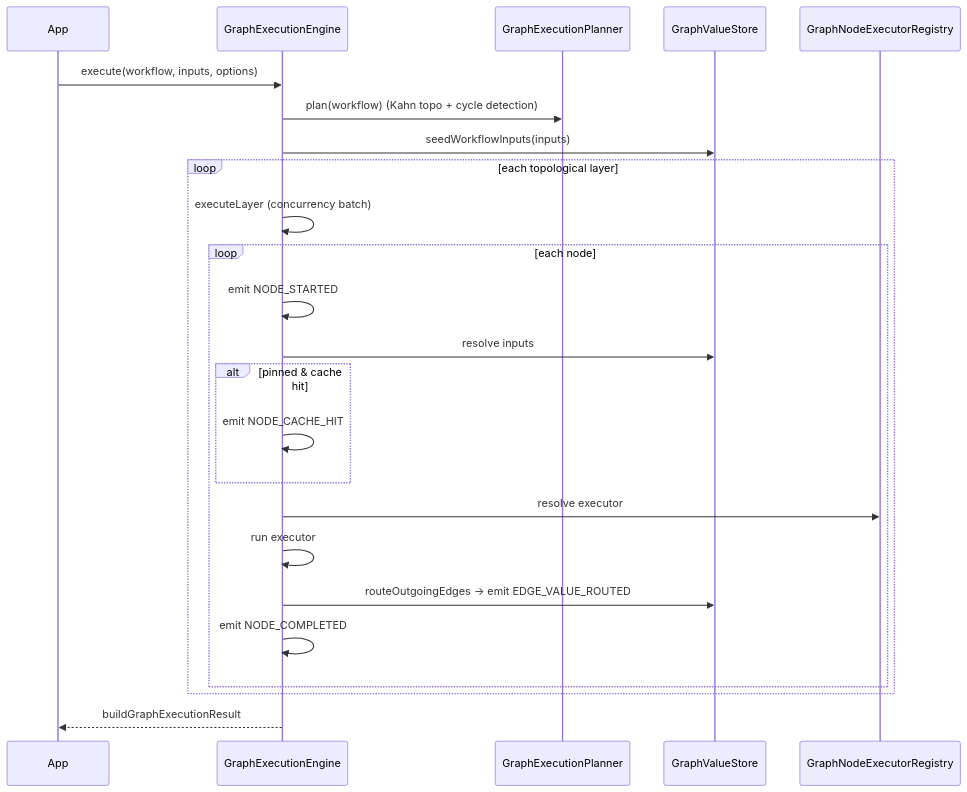
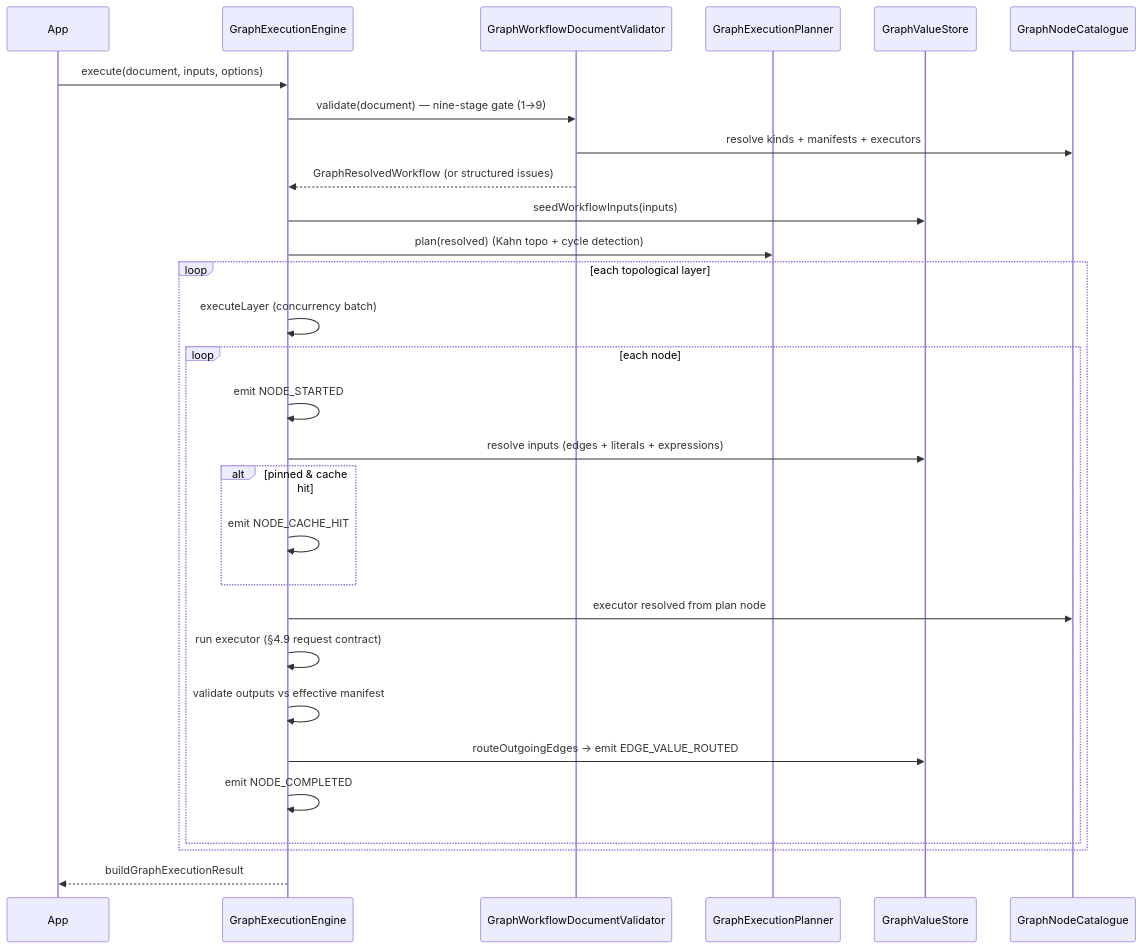
One commit to decaf-ts/decaf-ts changed the ninth of 10 diagrams in workdocs/ai/project/technical-docs/design-specification/09-integrations-design.md. Above: the diagram before and after it, drawn with Mermaid. The commit also changed other lines of this file and 7 other files, not shown here.

Commit message:
DECAF-50: implement canonical workflow documents, backend node catalogue and remote graph execution

````diff
--- a/workdocs/ai/project/technical-docs/design-specification/09-integrations-design.md
+++ b/workdocs/ai/project/technical-docs/design-specification/09-integrations-design.md
@@ -505,26 +506,31 @@
 ```mermaid
 sequenceDiagram
     participant App
     participant E as GraphExecutionEngine
+    participant V as GraphWorkflowDocumentValidator
     participant P as GraphExecutionPlanner
     participant VS as GraphValueStore
-    participant Reg as GraphNodeExecutorRegistry
-    App->>E: execute(workflow, inputs, options)
-    E->>P: plan(workflow) (Kahn topo + cycle detection)
+    participant Cat as GraphNodeCatalogue
+    App->>E: execute(document, inputs, options)
+    E->>V: validate(document) — nine-stage gate (1→9)
+    V->>Cat: resolve kinds + manifests + executors
+    V-->>E: GraphResolvedWorkflow (or structured issues)
     E->>VS: seedWorkflowInputs(inputs)
+    E->>P: plan(resolved) (Kahn topo + cycle detection)
     loop each topological layer
         E->>E: executeLayer (concurrency batch)
         loop each node
             E->>E: emit NODE_STARTED
-            E->>VS: resolve inputs
+            E->>VS: resolve inputs (edges + literals + expressions)
             alt pinned & cache hit
                 E->>E: emit NODE_CACHE_HIT
             end
-            E->>Reg: resolve executor
-            E->>E: run executor
+            E->>Cat: executor resolved from plan node
+            E->>E: run executor (§4.9 request contract)
+            E->>E: validate outputs vs effective manifest
             E->>VS: routeOutgoingEdges -> emit EDGE_VALUE_ROUTED
             E->>E: emit NODE_COMPLETED
         end
     end
     E-->>App: buildGraphExecutionResult
 ```
````
